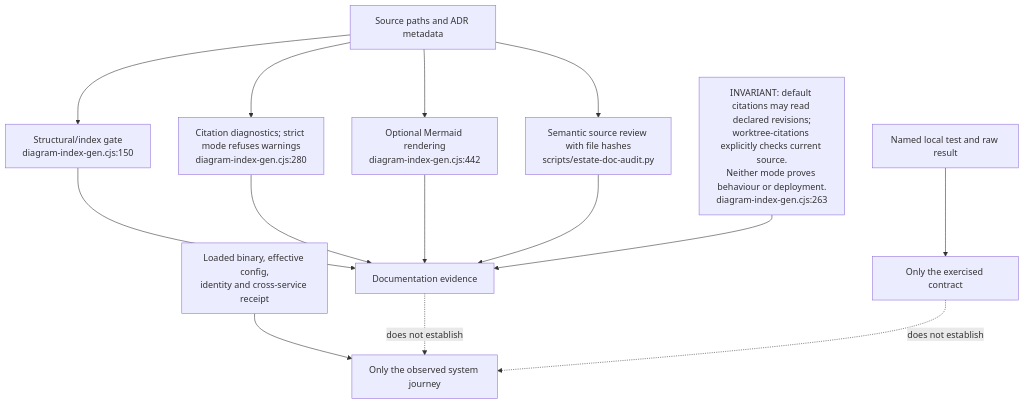
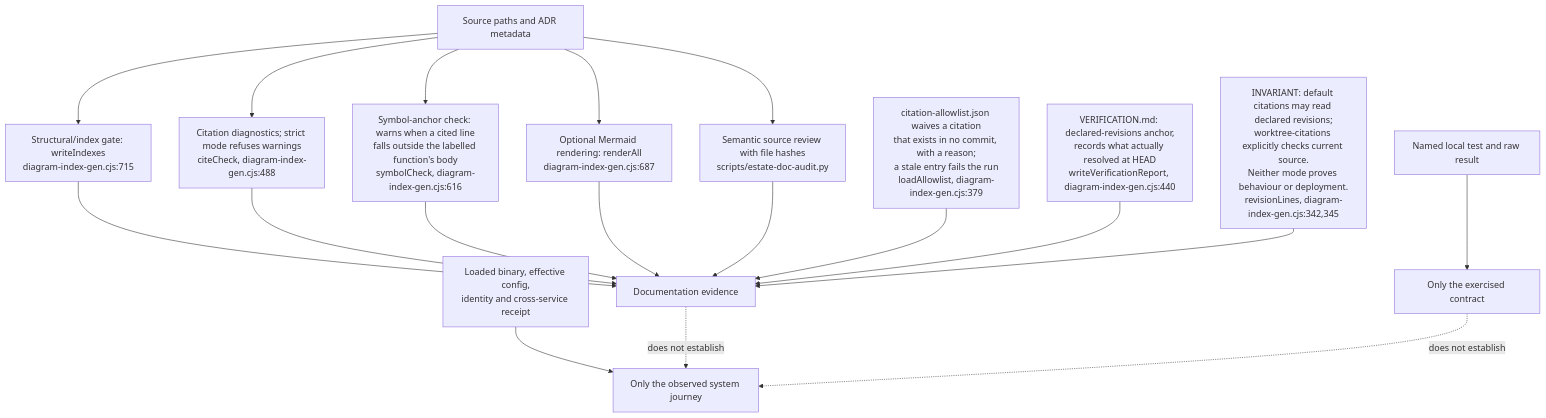
Before and after one commit to DreamLab-AI/VisionFlow: the fifth of 5 diagrams in docs/diagrams/estate/90-evidence-and-supporting-repositories.md, drawn with Mermaid. The commit also changed other lines of this file and 136 other files, not shown here.

First line of the commit message:
docs(diagrams): refresh the whole corpus to code HEAD and prune low-value diagrams

````diff
--- a/docs/diagrams/estate/90-evidence-and-supporting-repositories.md
+++ b/docs/diagrams/estate/90-evidence-and-supporting-repositories.md
@@ -89,16 +89,20 @@
 ```mermaid
 flowchart TB
-    F["Source paths and ADR metadata"] --> G["Structural/index gate<br/>diagram-index-gen.cjs:150"]
-    F --> C["Citation diagnostics; strict mode refuses warnings<br/>diagram-index-gen.cjs:280"]
-    F --> R["Optional Mermaid rendering<br/>diagram-index-gen.cjs:442"]
+    F["Source paths and ADR metadata"] --> G["Structural/index gate: writeIndexes<br/>diagram-index-gen.cjs:715"]
+    F --> C["Citation diagnostics; strict mode refuses warnings<br/>citeCheck, diagram-index-gen.cjs:488"]
+    F --> SYM["Symbol-anchor check: warns when a cited line<br/>falls outside the labelled function's body<br/>symbolCheck, diagram-index-gen.cjs:616"]
+    F --> R["Optional Mermaid rendering: renderAll<br/>diagram-index-gen.cjs:687"]
     F --> S["Semantic source review with file hashes<br/>scripts/estate-doc-audit.py"]
     G --> DOC["Documentation evidence"]
     C --> DOC
+    SYM --> DOC
     R --> DOC
     S --> DOC
+    ALLOW["citation-allowlist.json waives a citation<br/>that exists in no commit, with a reason;<br/>a stale entry fails the run<br/>loadAllowlist, diagram-index-gen.cjs:379"] --> DOC
+    VER["VERIFICATION.md: declared-revisions anchor,<br/>records what actually resolved at HEAD<br/>writeVerificationReport, diagram-index-gen.cjs:440"] --> DOC
     TEST["Named local test and raw result"] --> LOCAL["Only the exercised contract"]
     RUN["Loaded binary, effective config,<br/>identity and cross-service receipt"] --> ACCEPT["Only the observed system journey"]
     DOC -.->|"does not establish"| ACCEPT
     LOCAL -.->|"does not establish"| ACCEPT
-    NOTE["INVARIANT: default citations may read declared revisions;<br/>worktree-citations explicitly checks current source.<br/>Neither mode proves behaviour or deployment.<br/>diagram-index-gen.cjs:263"] --> DOC
+    NOTE["INVARIANT: default citations may read declared revisions;<br/>worktree-citations explicitly checks current source.<br/>Neither mode proves behaviour or deployment.<br/>revisionLines, diagram-index-gen.cjs:342,345"] --> DOC
 ```
````
